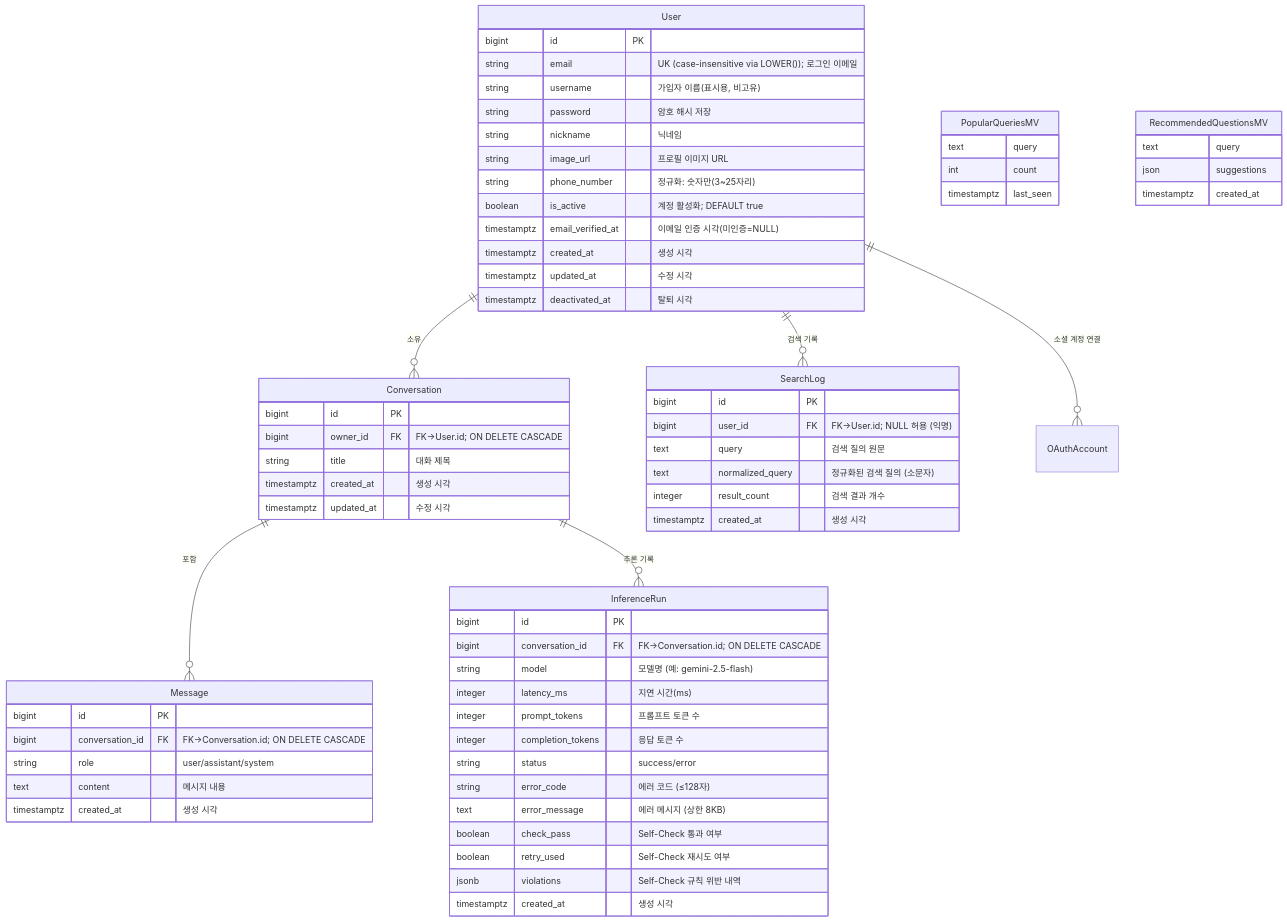
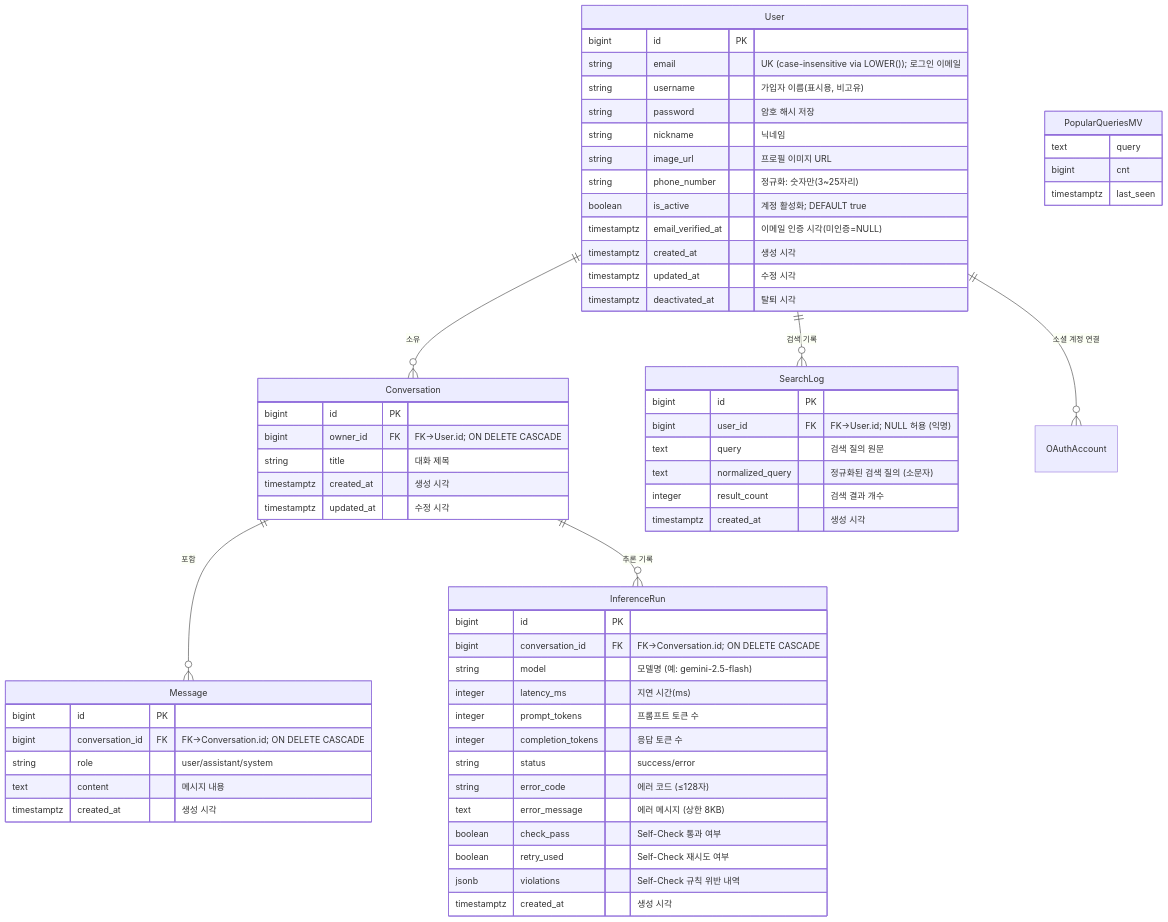
Before and after one commit to monda95/main_project_12_BE: the diagram in docs/02_ERD.md, drawn with Mermaid. The commit also changed 2 other files, not shown here.

Commit message:
docs: align specs with popular query schema

```diff
--- a/docs/02_ERD.md
+++ b/docs/02_ERD.md
@@ -68,16 +68,11 @@
     %% 인기 검색어 = SearchLog 집계 (MV/배치), 별도 테이블 없음
     PopularQueriesMV {
         text query
-        int count
+        bigint cnt
         timestamptz last_seen
     }
-    
-    %% 추천 질문 = query 기반 Gemini/배치 결과 (MV/배치)
-    RecommendedQuestionsMV {
-        text query
-        json suggestions
-        timestamptz created_at
-    }
+
+    %% 추천 질문 = 최근 검색어 기반 Gemini 실시간 호출 (별도 테이블 없음)
     
     %% 선택(향후 확장) — 현재 스코프(01, 03)에는 포함되지 않음
     %% Ad {
```
